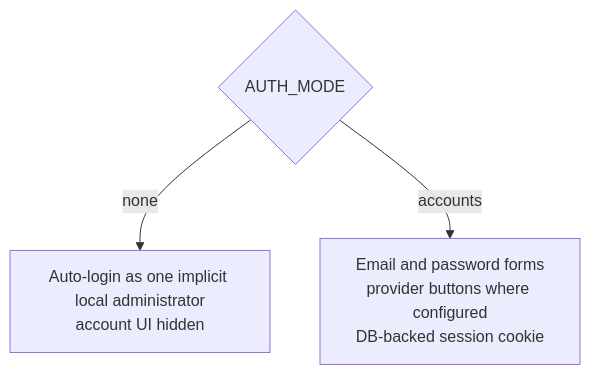
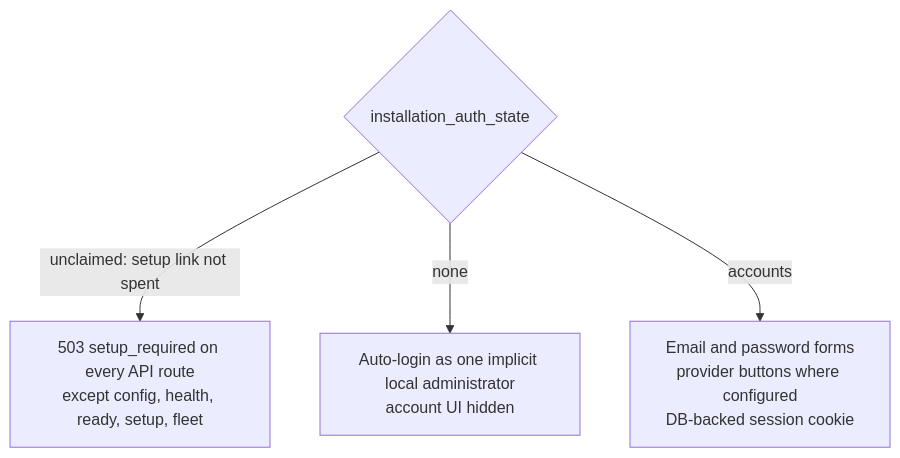
Before and after one commit to Portocolom-Studio/potocolom: diagram 11 of 16 in docs/architecture.md, drawn with Mermaid. The commit also changed other lines of this file and 42 other files, not shown here.

Commit message:
Decide the auth mode at first run through a setup link (#792) (#804)

````diff
--- a/docs/architecture.md
+++ b/docs/architecture.md
@@ -482,6 +482,7 @@
 ```mermaid
 flowchart TB
-    M{"AUTH_MODE"}
+    M{"installation_auth_state"}
+    M -->|"unclaimed: setup link not spent"| U["503 setup_required on every API route<br>except config, health, ready, setup, fleet"]
     M -->|"none"| N["Auto-login as one implicit local administrator<br>account UI hidden"]
     M -->|"accounts"| A["Email and password forms<br>provider buttons where configured<br>DB-backed session cookie"]
 ```
````
